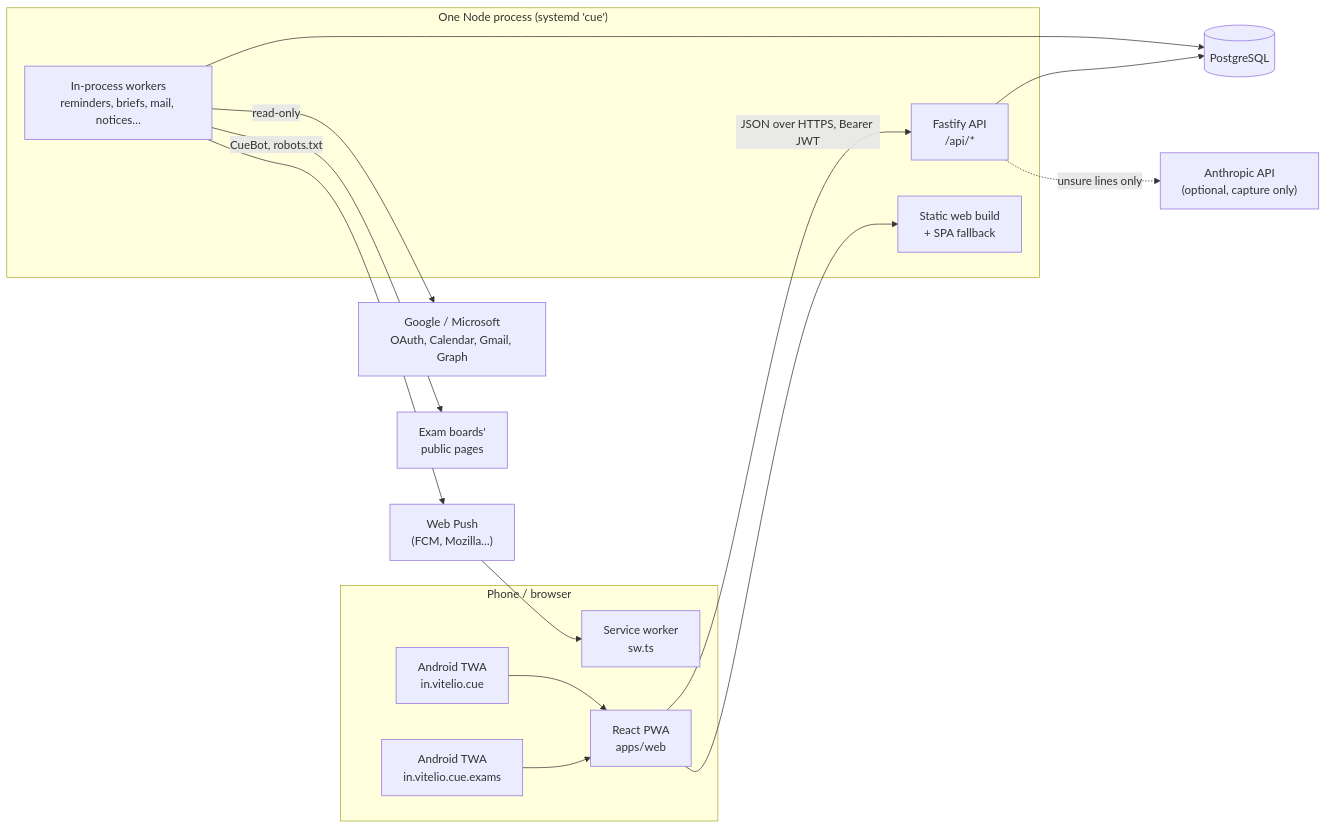
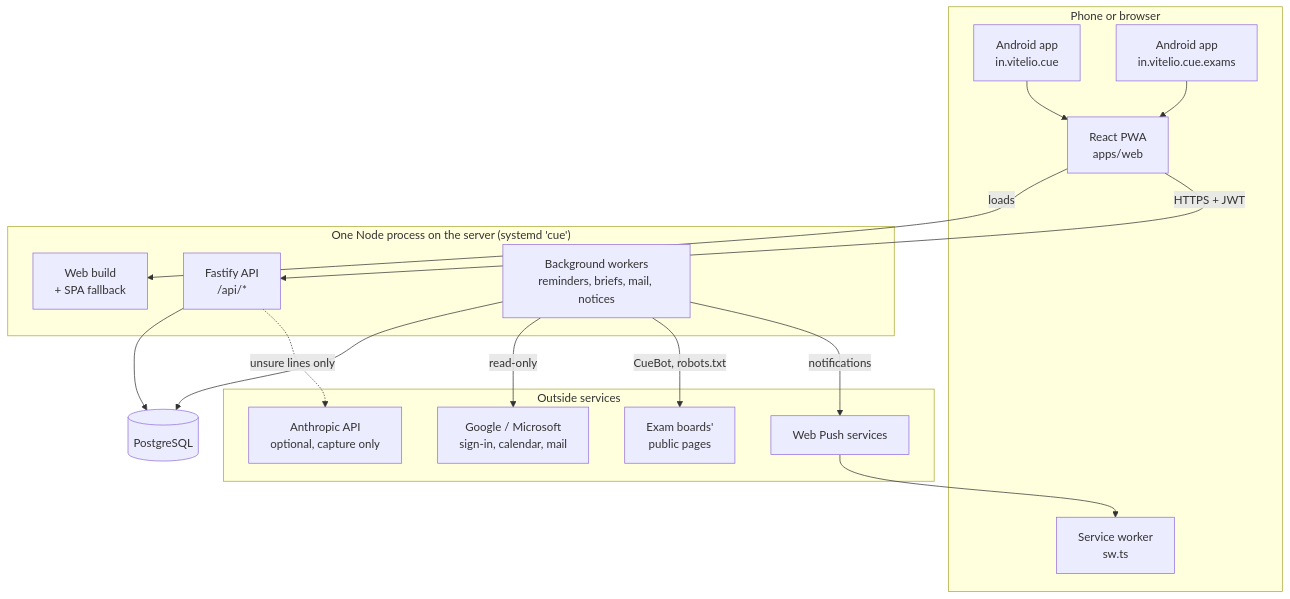
Before and after one commit to raghusince1998/cue: the first of 8 diagrams in docs/DEVELOPER.md, drawn with Mermaid. The commit also changed other lines of this file and 4 other files, not shown here.

First line of the commit message:
Developer guide as a Word document, with its diagrams

````diff
--- a/docs/DEVELOPER.md
+++ b/docs/DEVELOPER.md
@@ -98,30 +98,32 @@
 ```mermaid
-flowchart LR
-  subgraph Phone["Phone / browser"]
+flowchart TB
+  subgraph Phone["Phone or browser"]
+    TWA1["Android app<br/>in.vitelio.cue"]
+    TWA2["Android app<br/>in.vitelio.cue.exams"]
     PWA["React PWA<br/>apps/web"]
     SW["Service worker<br/>sw.ts"]
-    TWA1["Android TWA<br/>in.vitelio.cue"]
-    TWA2["Android TWA<br/>in.vitelio.cue.exams"]
   end
-  subgraph Server["One Node process (systemd 'cue')"]
+  subgraph Server["One Node process on the server (systemd 'cue')"]
+    STATIC["Web build<br/>+ SPA fallback"]
     API["Fastify API<br/>/api/*"]
-    STATIC["Static web build<br/>+ SPA fallback"]
-    W["In-process workers<br/>reminders, briefs, mail, notices…"]
+    W["Background workers<br/>reminders, briefs, mail, notices"]
   end
   DB[("PostgreSQL")]
-  G["Google / Microsoft<br/>OAuth, Calendar, Gmail, Graph"]
-  B["Exam boards'<br/>public pages"]
-  P["Web Push<br/>(FCM, Mozilla…)"]
-  AI["Anthropic API<br/>(optional, capture only)"]
-
+  subgraph Outside["Outside services"]
+    G["Google / Microsoft<br/>sign-in, calendar, mail"]
+    B["Exam boards'<br/>public pages"]
+    P["Web Push services"]
+    AI["Anthropic API<br/>optional, capture only"]
+  end
   TWA1 --> PWA
   TWA2 --> PWA
-  PWA -- "JSON over HTTPS, Bearer JWT" --> API
-  PWA --> STATIC
+  PWA -->|loads| STATIC
+  PWA -->|"HTTPS + JWT"| API
   API --> DB
   W --> DB
-  W -- "read-only" --> G
-  W -- "CueBot, robots.txt" --> B
-  W --> P --> SW
-  API -. "unsure lines only" .-> AI
+  W -->|read-only| G
+  W -->|"CueBot, robots.txt"| B
+  W -->|notifications| P
+  P --> SW
+  API -.->|unsure lines only| AI
 ```
````
